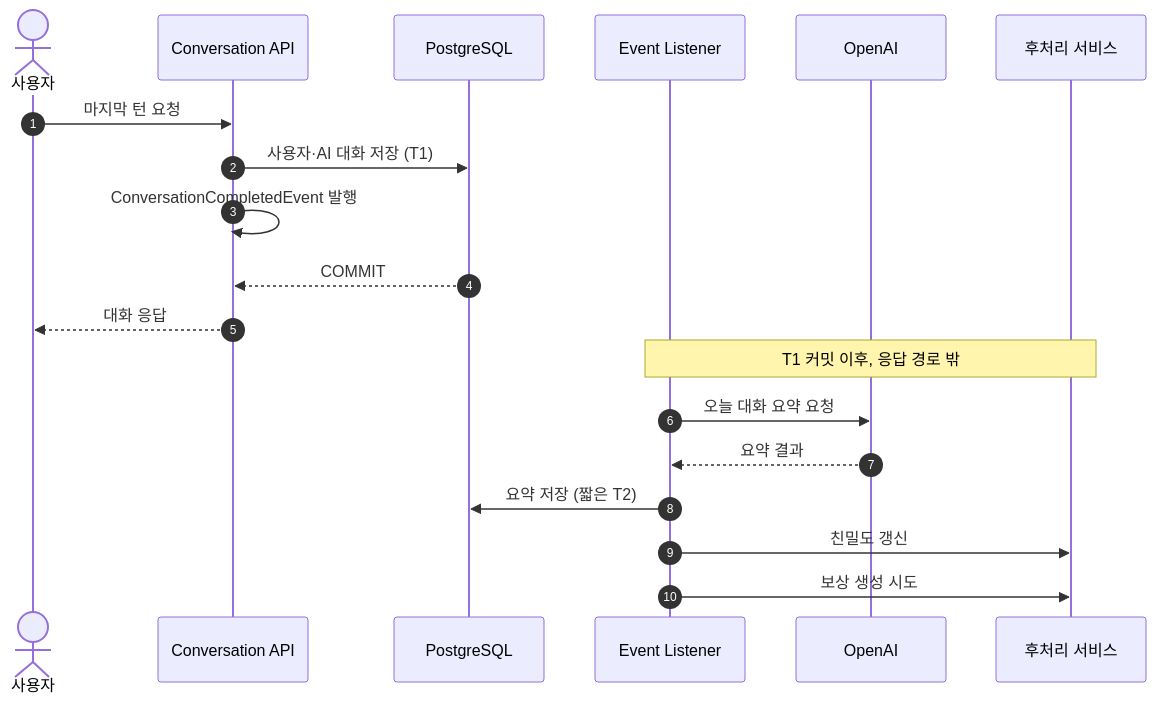
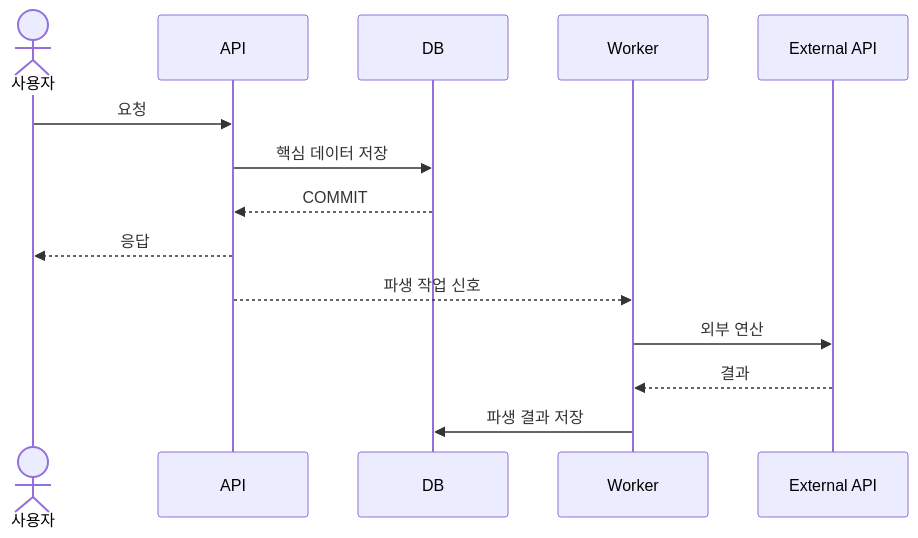
Before and after one commit to jiwon11/jiwon11.github.io: the second of 10 diagrams in _posts/2026-06-29-ai-conversation-post-processing-pipeline.md, drawn with Mermaid. The commit also changed other lines of this file and 4 other files, not shown here.

```diff
--- a/_posts/2026-06-29-ai-conversation-post-processing-pipeline.md
+++ b/_posts/2026-06-29-ai-conversation-post-processing-pipeline.md
@@ -125,23 +67,17 @@
 ~~~mermaid
 sequenceDiagram
-    autonumber
     actor U as 사용자
-    participant API as Conversation API
-    participant DB as PostgreSQL
-    participant E as Event Listener
-    participant AI as OpenAI
-    participant P as 후처리 서비스
+    participant API as API
+    participant DB as DB
+    participant W as Worker
+    participant X as External API
 
-    U->>API: 마지막 턴 요청
-    API->>DB: 사용자·AI 대화 저장 (T1)
-    API->>API: ConversationCompletedEvent 발행
+    U->>API: 요청
+    API->>DB: 핵심 데이터 저장
     DB-->>API: COMMIT
-    API-->>U: 대화 응답
-
-    Note over E,P: T1 커밋 이후, 응답 경로 밖
-    E->>AI: 오늘 대화 요약 요청
-    AI-->>E: 요약 결과
-    E->>DB: 요약 저장 (짧은 T2)
-    E->>P: 친밀도 갱신
-    E->>P: 보상 생성 시도
+    API-->>U: 응답
+    API-->>W: 파생 작업 신호
+    W->>X: 외부 연산
+    X-->>W: 결과
+    W->>DB: 파생 결과 저장
 ~~~
```
